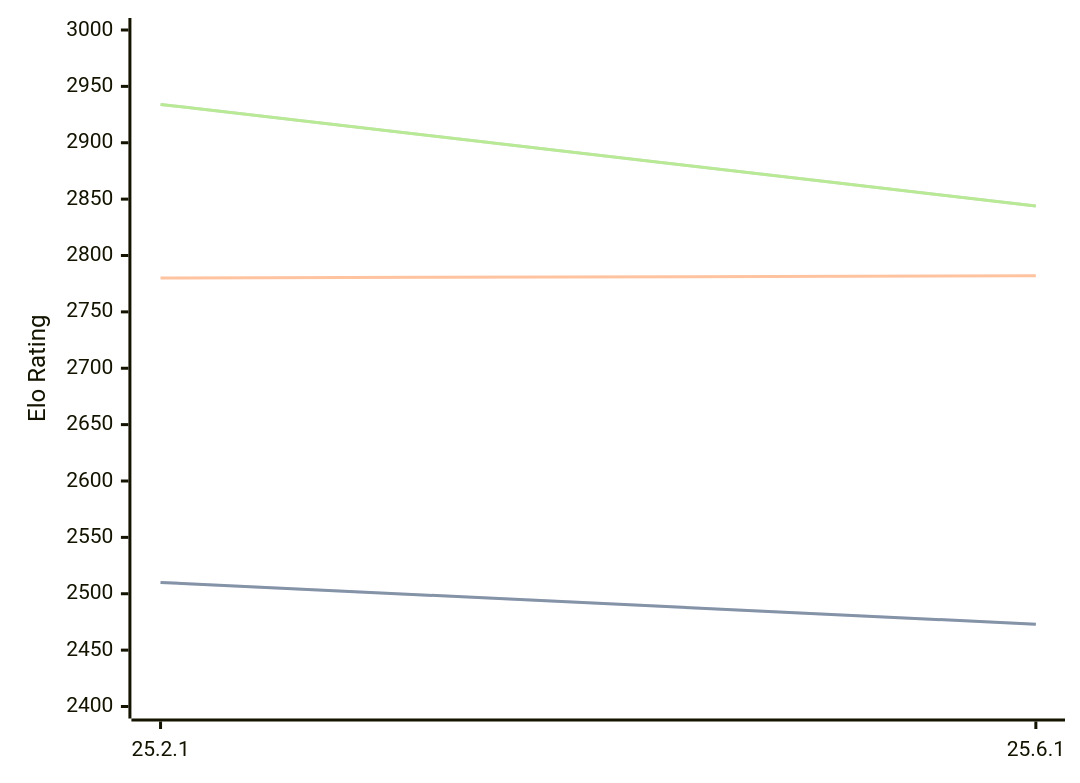
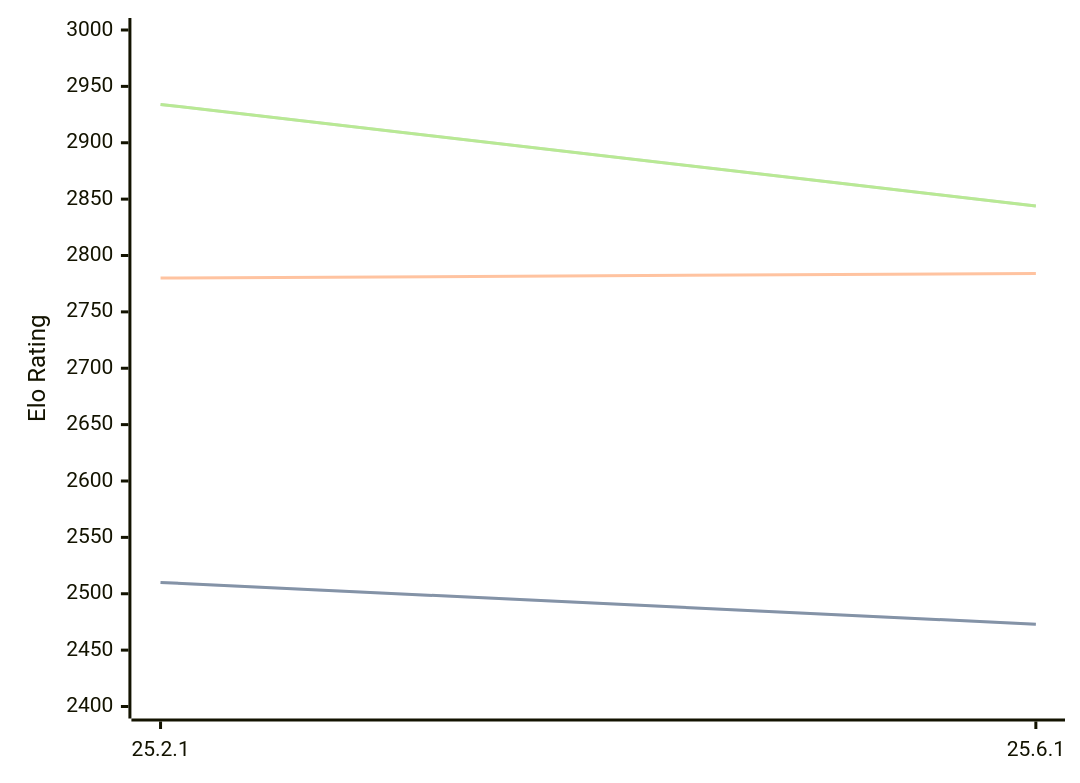
One commit to computer-chess-index/cci changed the diagram in engines/Crafty.md. Above: the diagram before and after it, drawn with Mermaid. The commit also changed other lines of this file, not shown here.

````diff
--- a/engines/Crafty.md
+++ b/engines/Crafty.md
@@ -32,11 +32,11 @@
 ```mermaid
 %%{init: {"theme":"base","themeVariables":{"seriesColors:['#a3a3a3','#222221','#faa371']}}}%%
 xychart-beta
   x-axis ["25.2.1", "25.6.1"]
   y-axis "Elo Rating" 2400 --> 3000
   line "" [2510, 2473]
   line "STC (8.0+0.08s)" [2510, 2473]
-  line "LTC (60.0+0.60s)" [2780, 2782]
+  line "LTC (60.0+0.60s)" [2780, 2784]
   line "" [2934, 2844]
   line "VLTC (2m24s+1.12s)" [2934, 2844]
 ```
````
